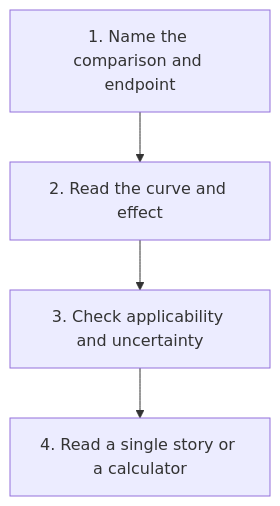
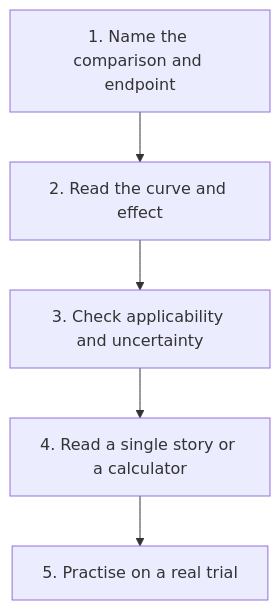
One commit to jasonLaster/oncoguide changed the diagram in wiki/education/guides/reading-cancer-evidence/index.md. Above: the diagram before and after it, drawn with Mermaid. The commit also changed other lines of this file and 527 other files, not shown here.

````diff
--- a/wiki/education/guides/reading-cancer-evidence/index.md
+++ b/wiki/education/guides/reading-cancer-evidence/index.md
@@ -32,6 +32,7 @@
 ```mermaid
 flowchart TD
   A[1. Name the comparison and endpoint] --> B[2. Read the curve and effect]
   B --> C[3. Check applicability and uncertainty]
   C --> D[4. Read a single story or a calculator]
+  D --> E[5. Practise on a real trial]
 ```
````
